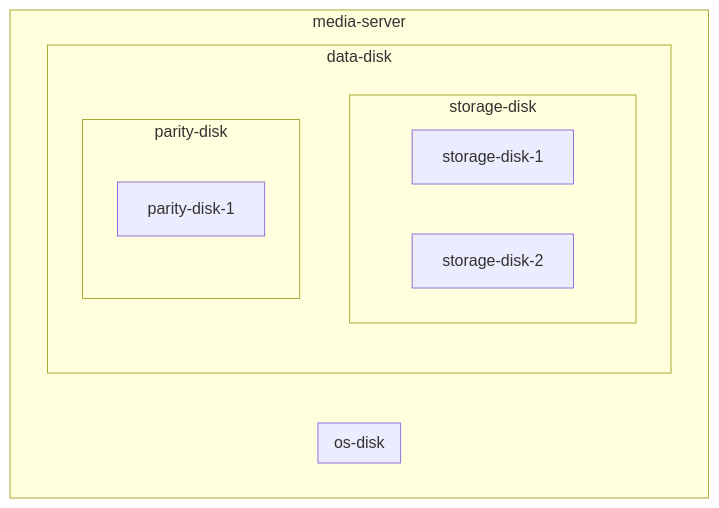
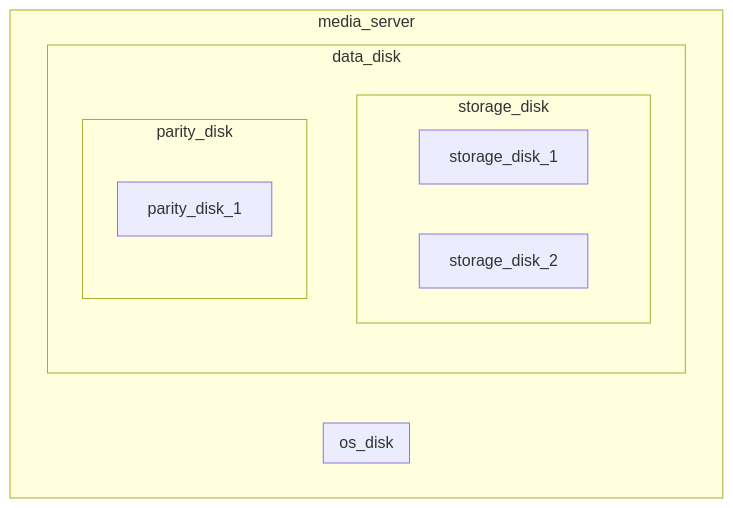
The second of 2 diagrams in README.md (zephyros-dev/media-server), drawn with Mermaid before and after one commit. The commit also changed other lines of this file, not shown here.

````diff
--- a/README.md
+++ b/README.md
@@ -30,16 +34,16 @@
 ```mermaid
-flowchart
-  subgraph media-server
-    subgraph os-disk
+flowchart TB
+  subgraph media_server
+    subgraph os_disk
     end
-    subgraph data-disk
-      subgraph storage-disk
-      storage-disk-1
-      storage-disk-2
+    subgraph data_disk
+      subgraph storage_disk
+      storage_disk_1
+      storage_disk_2
       end
-      subgraph parity-disk
-      parity-disk-1
+      subgraph parity_disk
+      parity_disk_1
       end
     end
   end
 ```
````
